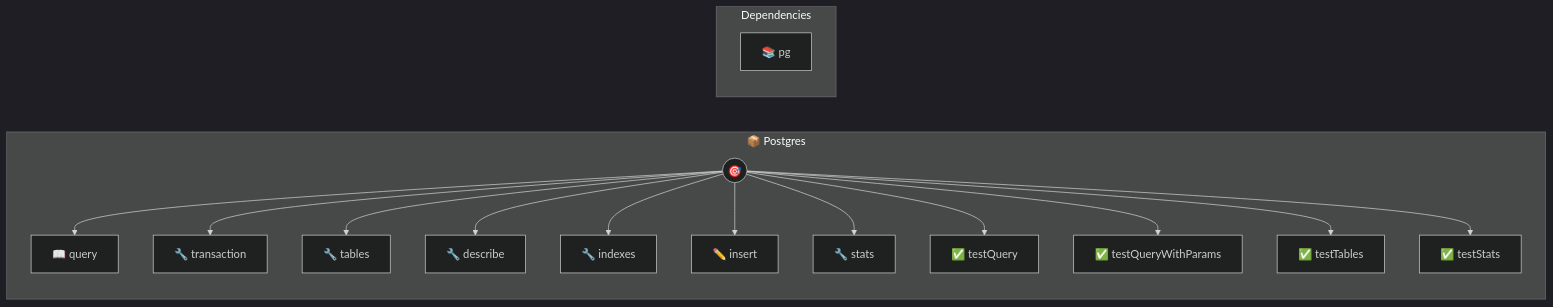
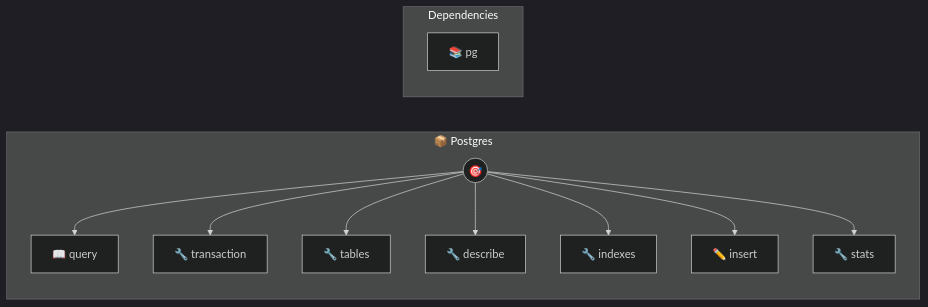
Before and after one commit to portel-dev/photons: the diagram in postgres.md, drawn with Mermaid (dark theme). The commit also changed other lines of this file and 34 other files, not shown here.

````diff
--- a/postgres.md
+++ b/postgres.md
@@ -197,34 +153,26 @@
 ```mermaid
 flowchart LR
     subgraph postgres["📦 Postgres"]
         direction TB
         PHOTON((🎯))
         T0[📖 query]
         PHOTON --> T0
         T1[🔧 transaction]
         PHOTON --> T1
         T2[🔧 tables]
         PHOTON --> T2
         T3[🔧 describe]
         PHOTON --> T3
         T4[🔧 indexes]
         PHOTON --> T4
         T5[✏️ insert]
         PHOTON --> T5
         T6[🔧 stats]
         PHOTON --> T6
-        T7[✅ testQuery]
-        PHOTON --> T7
-        T8[✅ testQueryWithParams]
-        PHOTON --> T8
-        T9[✅ testTables]
-        PHOTON --> T9
-        T10[✅ testStats]
-        PHOTON --> T10
     end
 
     subgraph deps["Dependencies"]
         direction TB
         NPM0[📚 pg]
     end
 ```
````
